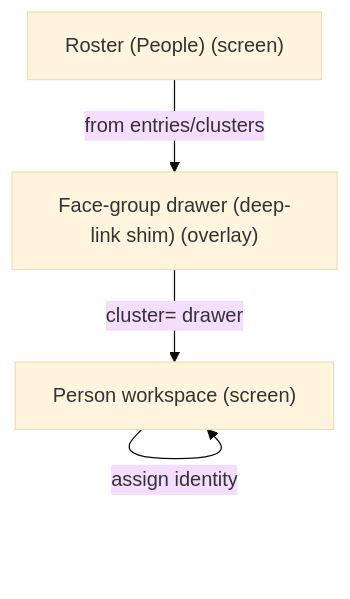
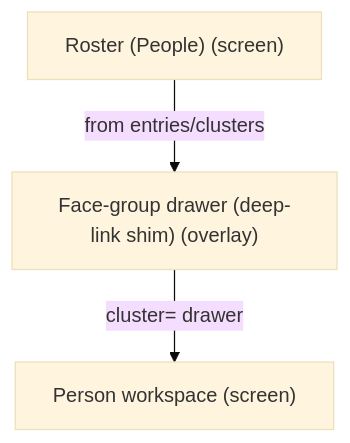
One commit to darce/context-alt-text-monorepo changed the first of 3 diagrams in apps/prototype-wp-alt-context/docs/ux-maps/roster-people.md. Above: the diagram before and after it, drawn with Mermaid (base theme). The commit also changed other lines of this file and 4 other files, not shown here.

````diff
--- a/apps/prototype-wp-alt-context/docs/ux-maps/roster-people.md
+++ b/apps/prototype-wp-alt-context/docs/ux-maps/roster-people.md
@@ -203,11 +298,10 @@
 ```mermaid
 flowchart TD
   %% flow: Open face-group drawer → assign → person workspace job=job-cluster-review
   %% steps: [{"screen_id":"roster-shell","branch_label":"from entries/clusters"},{"screen_id":"roster-cluster-drawer","branch_label":"cluster= drawer"},{"screen_id":"roster-person-workspace","branch_label":"assign identity"}]
   n_roster_shell["Roster (People) (screen)"]
   n_roster_cluster_drawer["Face-group drawer (deep-link shim) (overlay)"]
   n_roster_shell -->|from entries/clusters| n_roster_cluster_drawer
   n_roster_person_workspace["Person workspace (screen)"]
   n_roster_cluster_drawer -->|cluster= drawer| n_roster_person_workspace
-  n_roster_person_workspace -->|assign identity| n_roster_person_workspace
 ```
````
